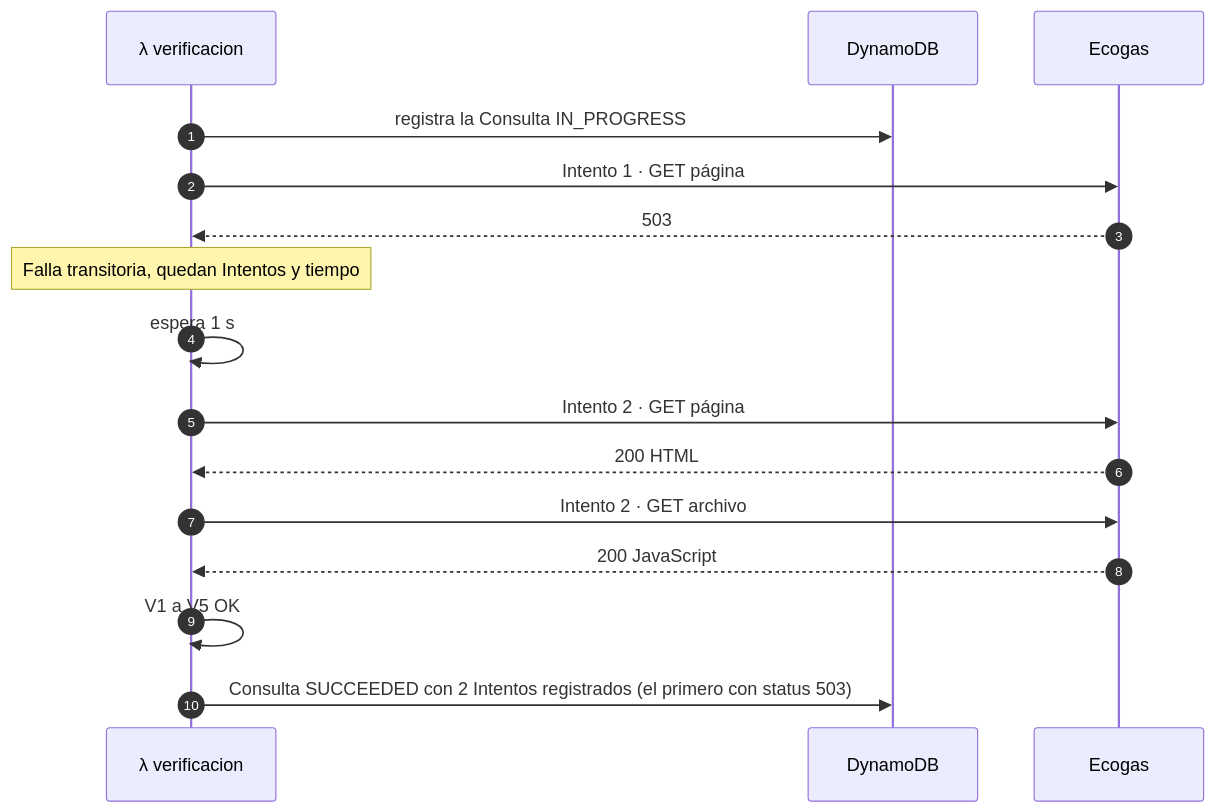
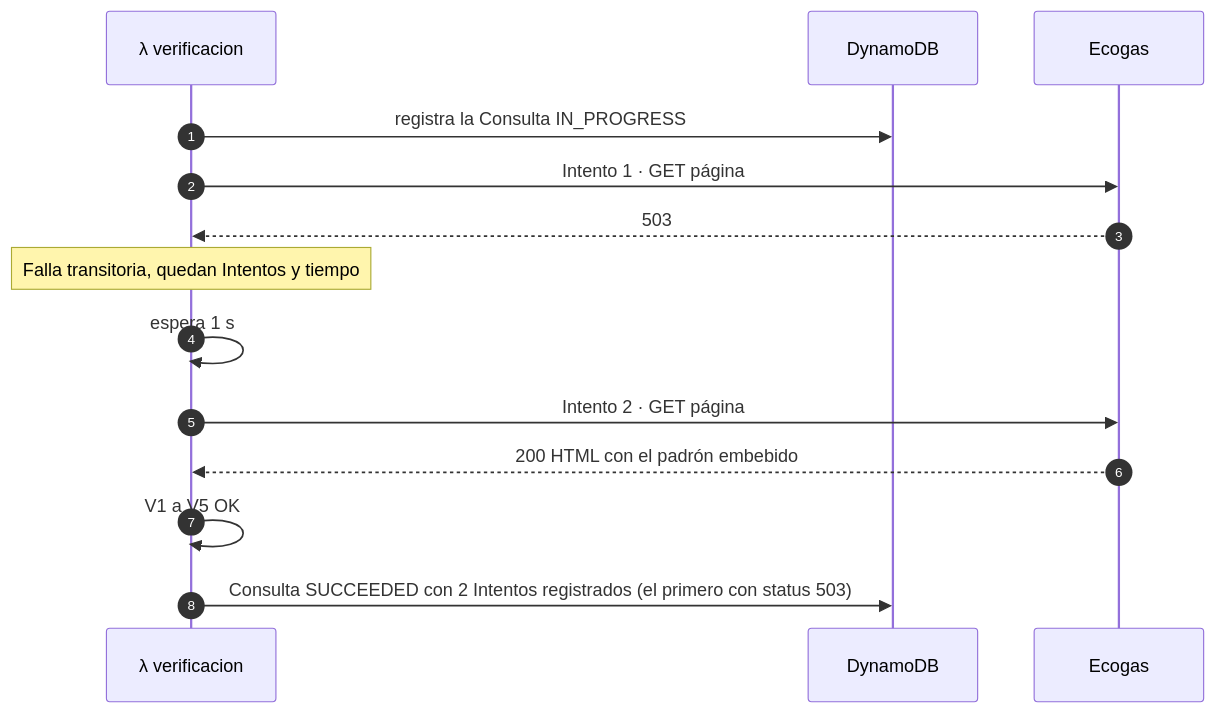
One commit to IvanDaniliuk01/MatriculAR changed the third of 5 diagrams in docs/api.md. Above: the diagram before and after it, drawn with Mermaid. The commit also changed other lines of this file and 62 other files, not shown here.

````diff
--- a/docs/api.md
+++ b/docs/api.md
@@ -361,19 +488,17 @@
 ```mermaid
 sequenceDiagram
     autonumber
     participant L as λ verificacion
     participant D as DynamoDB
     participant E as Ecogas
 
     L->>D: registra la Consulta IN_PROGRESS
     L->>E: Intento 1 · GET página
     E-->>L: 503
     Note over L: Falla transitoria, quedan Intentos y tiempo
     L->>L: espera 1 s
     L->>E: Intento 2 · GET página
-    E-->>L: 200 HTML
-    L->>E: Intento 2 · GET archivo
-    E-->>L: 200 JavaScript
+    E-->>L: 200 HTML con el padrón embebido
     L->>L: V1 a V5 OK
     L->>D: Consulta SUCCEEDED con 2 Intentos registrados (el primero con status 503)
 ```
````
